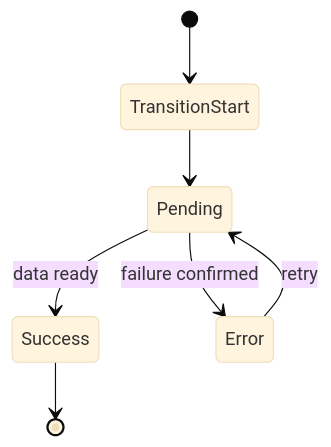
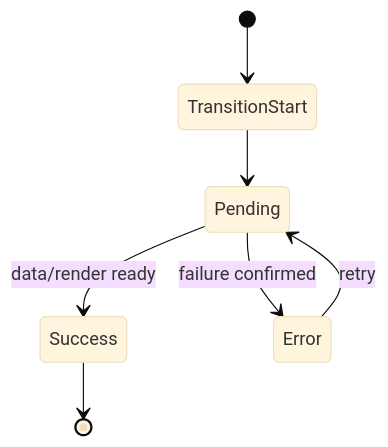
One commit to mje807/dev-blog changed the diagram in content/react/react-router-v7-rsc-05-error-pending-ui.md. Above: the diagram before and after it, drawn with Mermaid (base theme). The commit also changed other lines of this file and 5 other files, not shown here.

````diff
--- a/content/react/react-router-v7-rsc-05-error-pending-ui.md
+++ b/content/react/react-router-v7-rsc-05-error-pending-ui.md
@@ -88,9 +194,9 @@
 ```mermaid
 stateDiagram-v2
   [*] --> TransitionStart
   TransitionStart --> Pending
-  Pending --> Success: data ready
+  Pending --> Success: data/render ready
   Pending --> Error: failure confirmed
   Error --> Pending: retry
   Success --> [*]
 ```
````
